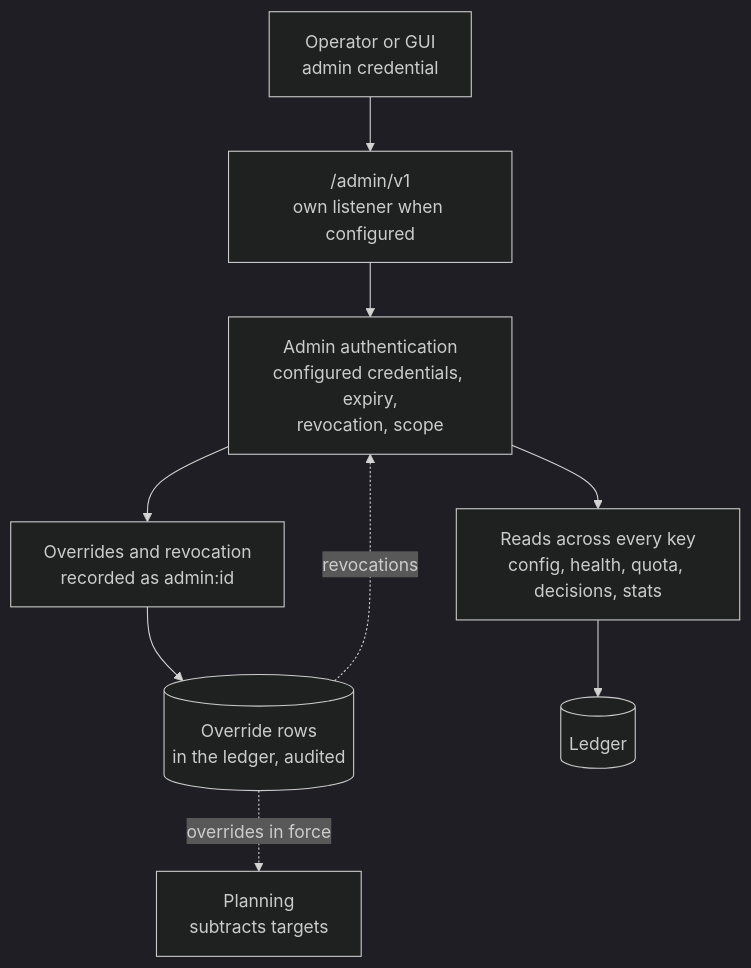
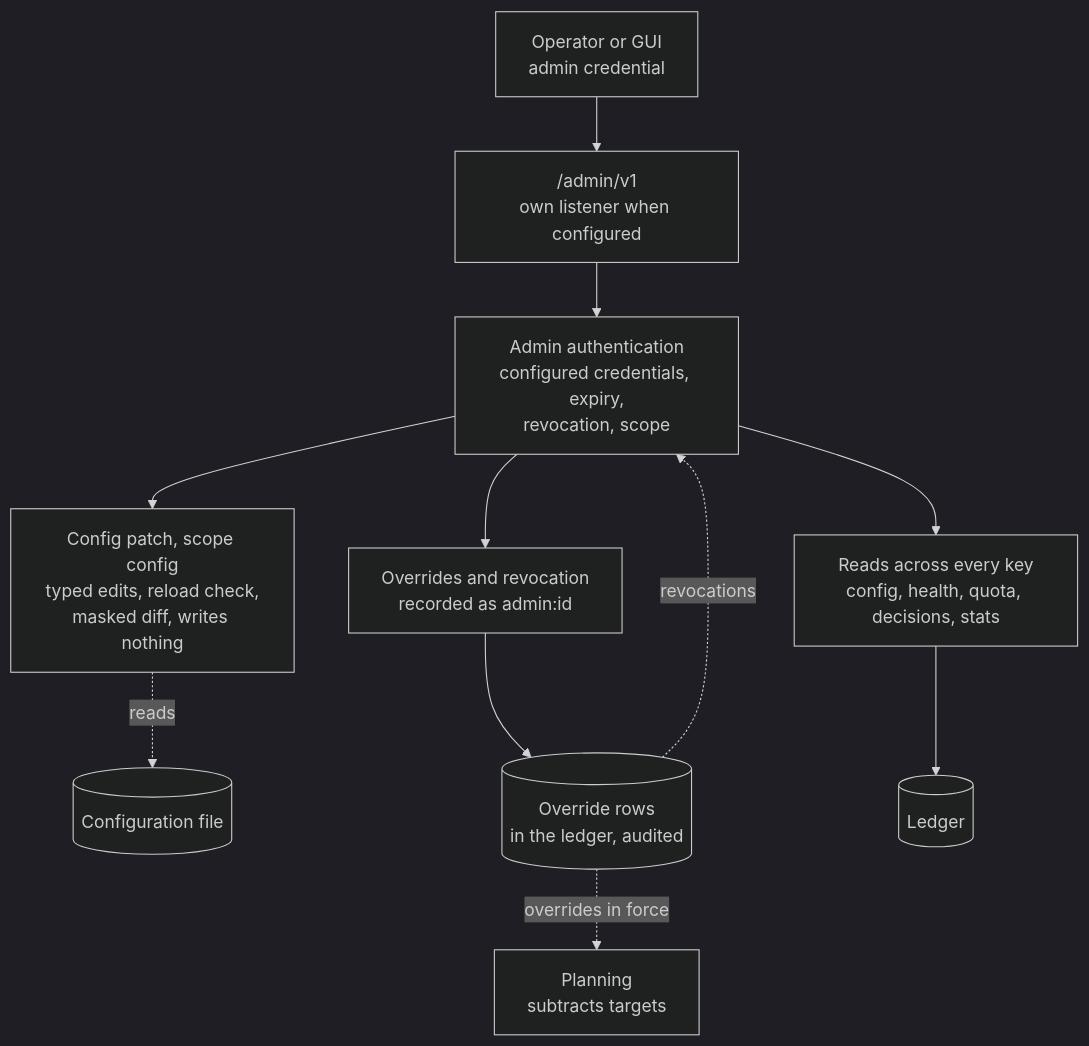
The third of 4 diagrams in docs/architecture.md (gschaetz/humpyard), drawn with Mermaid (dark theme) before and after one commit. The commit also changed other lines of this file and 18 other files, not shown here.

First line of the commit message:
docs(openspec): finish and archive add-config-patch (define-ui-config-model 5.1) (#263)

````diff
--- a/docs/architecture.md
+++ b/docs/architecture.md
@@ -130,11 +133,13 @@
 ```mermaid
 flowchart TD
     OP[Operator or GUI<br/>admin credential] --> ADM["/admin/v1<br/>own listener when configured"]
     ADM --> AUTHN[Admin authentication<br/>configured credentials, expiry,<br/>revocation, scope]
     AUTHN --> READ[Reads across every key<br/>config, health, quota, decisions, stats]
     AUTHN --> OVR[Overrides and revocation<br/>recorded as admin:id]
+    AUTHN --> PAT[Config patch, scope config<br/>typed edits, reload check,<br/>masked diff, writes nothing]
+    PAT -. reads .-> FILE[(Configuration file)]
     OVR --> STORE[(Override rows<br/>in the ledger, audited)]
     STORE -. overrides in force .-> PLAN[Planning<br/>subtracts targets]
     STORE -. revocations .-> AUTHN
     READ --> LED[(Ledger)]
 ```
````
